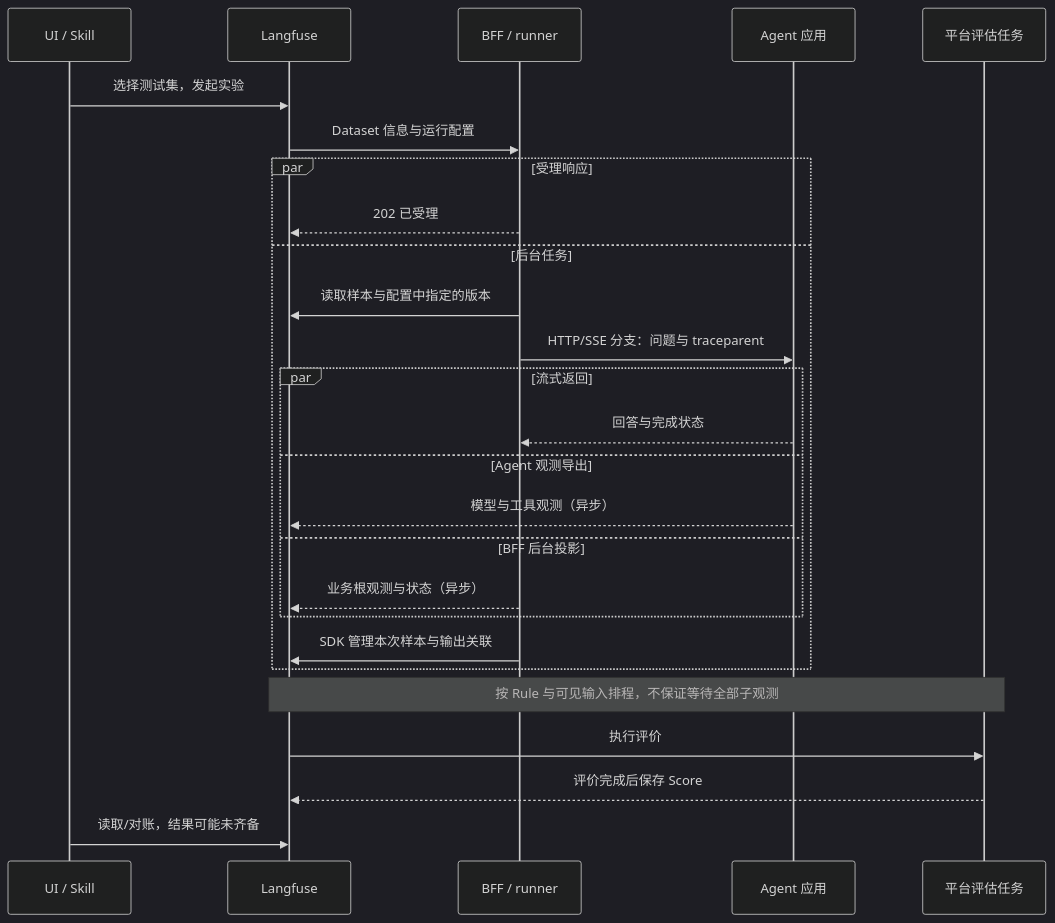
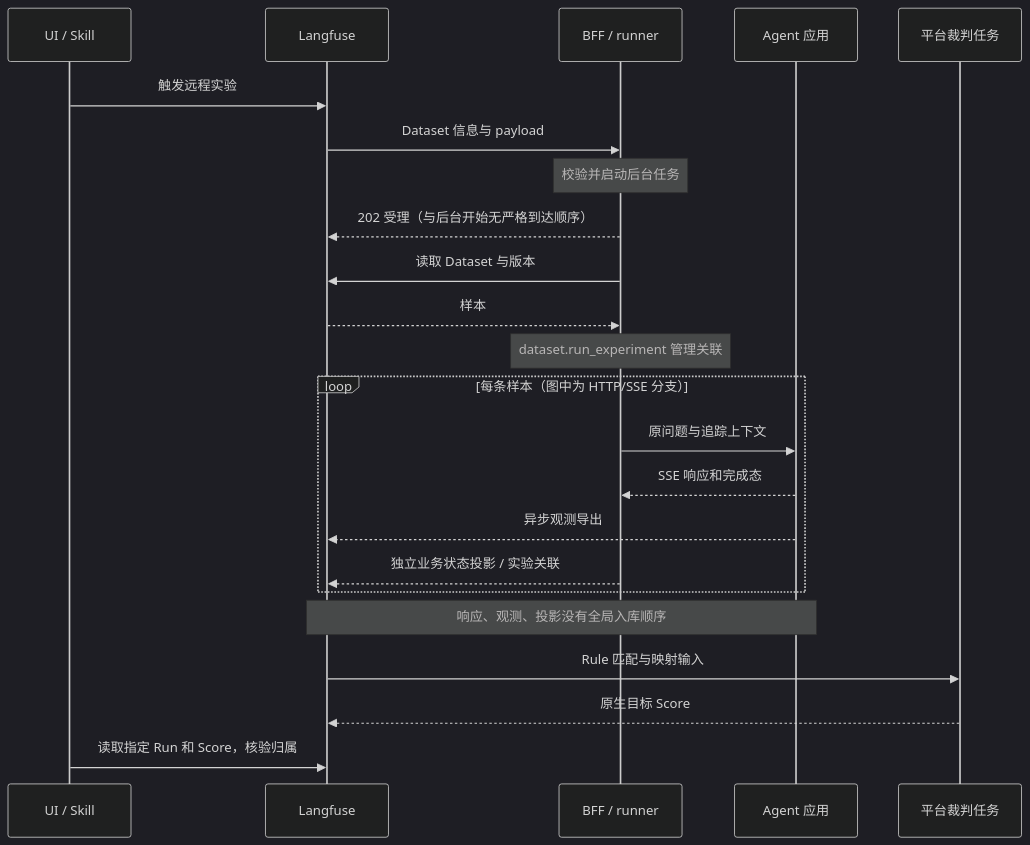
One commit to 99Like-wjj/agent-evaluation-with-langfuse changed the diagram in diagrams/03-remote-experiment-sequence.mmd. Above: the diagram before and after it, drawn with Mermaid (dark theme). The commit also changed 35 other files, not shown here.

Commit message:
Clarify Agent integration, evaluation inputs, and Skill workflow

```diff
--- a/diagrams/03-remote-experiment-sequence.mmd
+++ b/diagrams/03-remote-experiment-sequence.mmd
@@ -1,26 +1,23 @@
 sequenceDiagram
-  participant U as UI / Skill
+  participant S as UI / Skill
   participant L as Langfuse
   participant B as BFF / runner
   participant A as Agent 应用
-  participant E as 平台评估任务
-  U->>L: 选择测试集，发起实验
-  L->>B: Dataset 信息与运行配置
-  par 受理响应
-    B-->>L: 202 已受理
-  and 后台任务
-    B->>L: 读取样本与配置中指定的版本
-    B->>A: HTTP/SSE 分支：问题与 traceparent
-    par 流式返回
-      A-->>B: 回答与完成状态
-    and Agent 观测导出
-      A-->>L: 模型与工具观测（异步）
-    and BFF 后台投影
-      B-->>L: 业务根观测与状态（异步）
-    end
-    B->>L: SDK 管理本次样本与输出关联
+  participant J as 平台裁判任务
+  S->>L: 触发远程实验
+  L->>B: Dataset 信息与 payload
+  Note over B: 校验并启动后台任务
+  B-->>L: 202 受理（与后台开始无严格到达顺序）
+  B->>L: 读取 Dataset 与版本
+  L-->>B: 样本
+  Note over B: dataset.run_experiment 管理关联
+  loop 每条样本（图中为 HTTP/SSE 分支）
+    B->>A: 原问题与追踪上下文
+    A-->>B: SSE 响应和完成态
+    A-->>L: 异步观测导出
+    B-->>L: 独立业务状态投影 / 实验关联
   end
-  Note over L,E: 按 Rule 与可见输入排程，不保证等待全部子观测
-  L->>E: 执行评价
-  E-->>L: 评价完成后保存 Score
-  U->>L: 读取/对账，结果可能未齐备
+  Note over A,L: 响应、观测、投影没有全局入库顺序
+  L->>J: Rule 匹配与映射输入
+  J-->>L: 原生目标 Score
+  S->>L: 读取指定 Run 和 Score，核验归属
```
